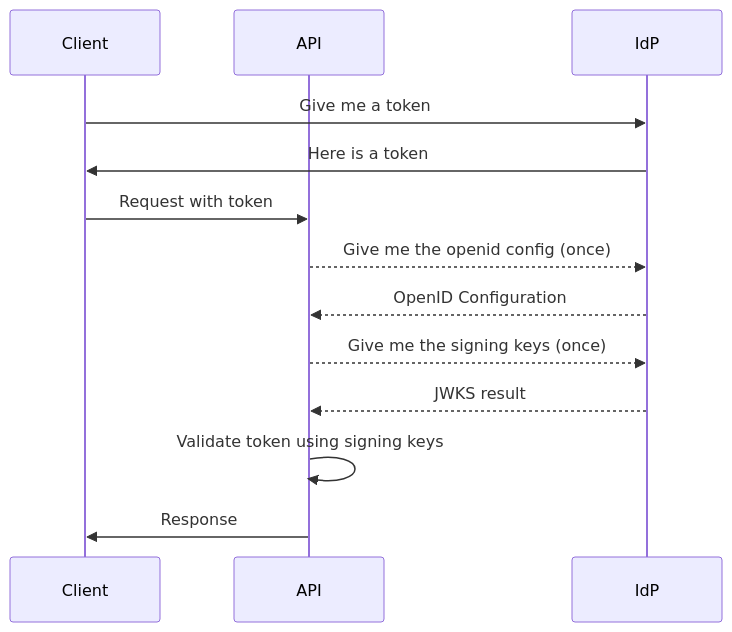
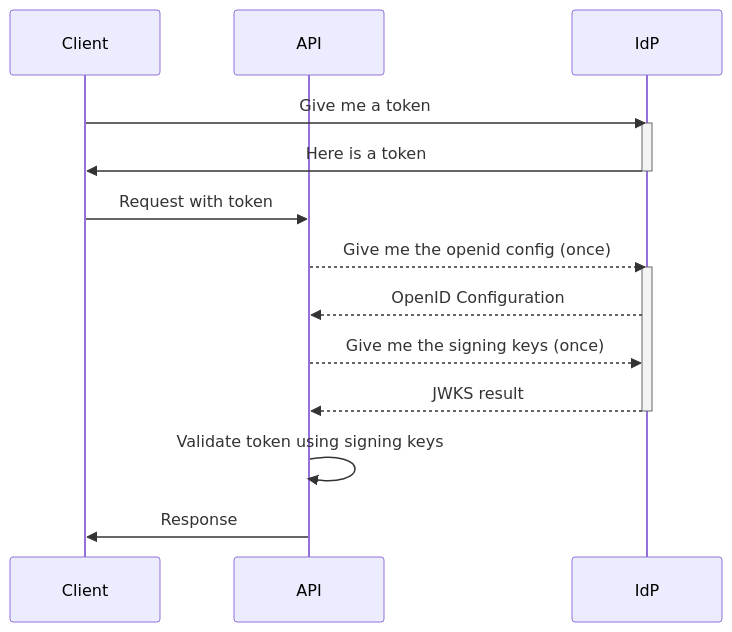
The first of 2 diagrams in README.md (svrooij/identityproxy), drawn with Mermaid before and after one commit. The commit also changed other lines of this file and 2 other files, not shown here.

````diff
--- a/README.md
+++ b/README.md
@@ -92,15 +94,19 @@
 ```mermaid
   sequenceDiagram
     participant Client
     participant API
     participant IdP
     Client->>IdP: Give me a token
+    activate IdP
     IdP->>Client: Here is a token
+    deactivate IdP
     Client->>API: Request with token
     API-->>IdP: Give me the openid config (once)
+    activate IdP
     IdP-->>API: OpenID Configuration
     API-->>IdP: Give me the signing keys (once)
     IdP-->>API: JWKS result
+    deactivate IdP
     API->>API: Validate token using signing keys
     API->>Client: Response
 ```
````
